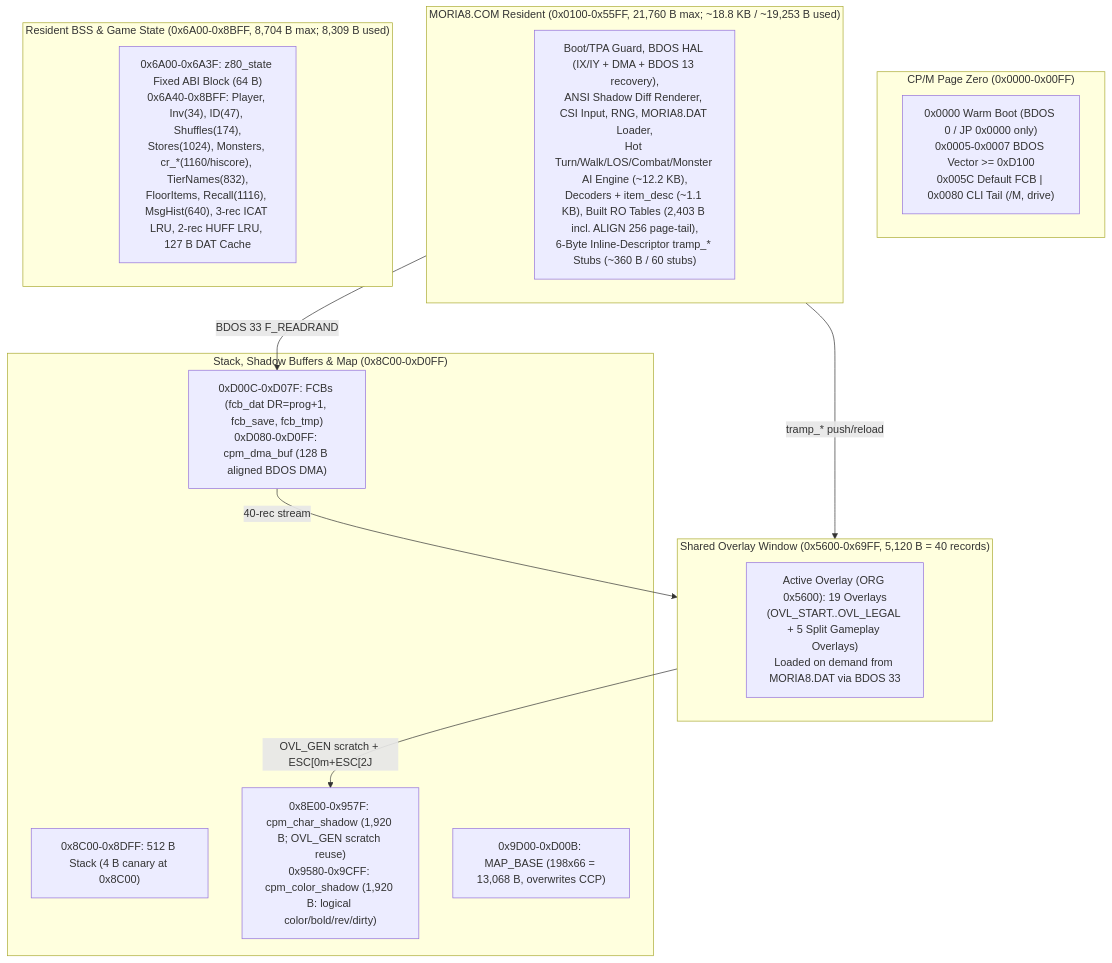
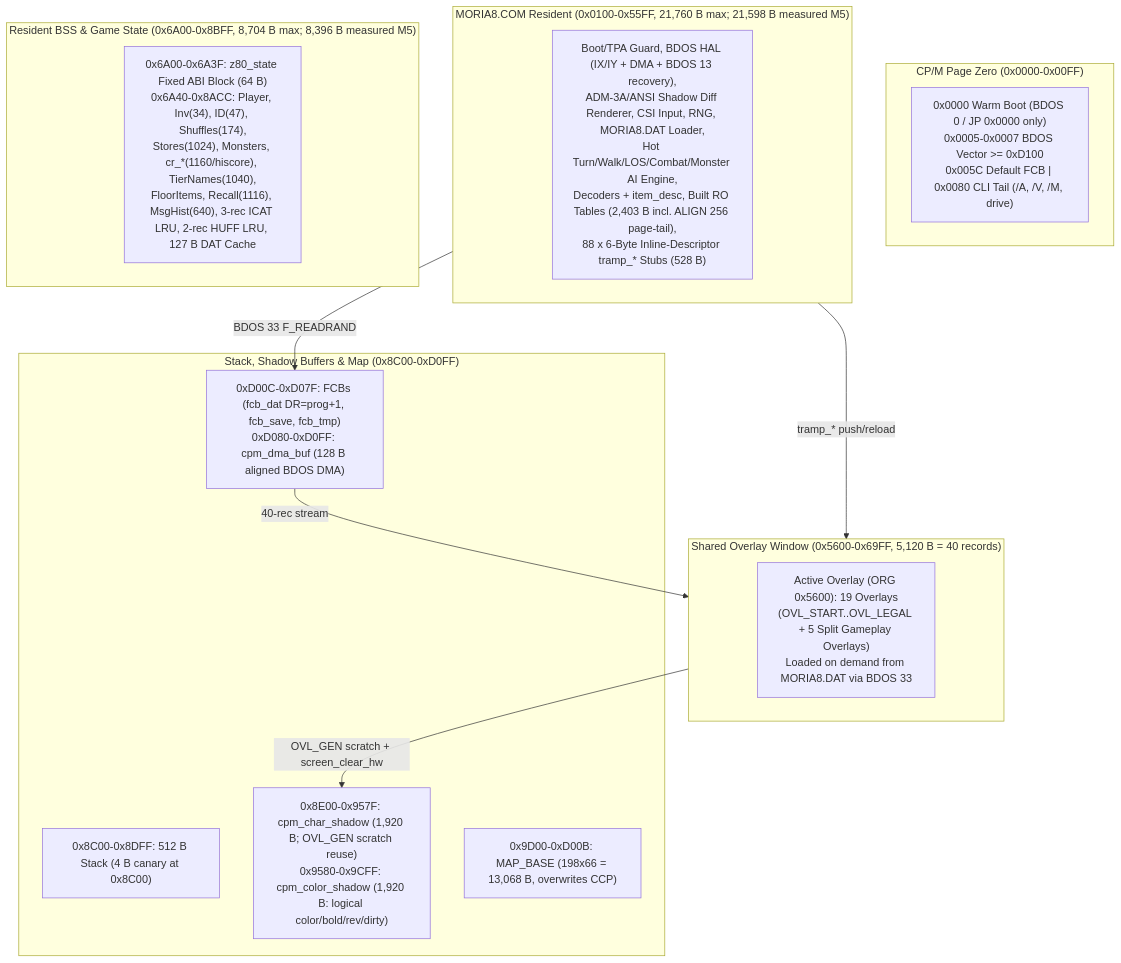
The diagram in docs/CPM_PORT_PLAN.md (dcgibbons/moria8), drawn with Mermaid before and after one commit. The commit also changed other lines of this file and 20 other files, not shown here.

Commit message:
docs: audit and update governance, contracts, architecture, and reference docs for CP/M Z80

````diff
--- a/docs/CPM_PORT_PLAN.md
+++ b/docs/CPM_PORT_PLAN.md
@@ -29,25 +35,25 @@
 ```mermaid
 flowchart TB
     subgraph PageZero["CP/M Page Zero (0x0000-0x00FF)"]
-        P0["0x0000 Warm Boot (BDOS 0 / JP 0x0000 only)\n0x0005-0x0007 BDOS Vector >= 0xD100\n0x005C Default FCB | 0x0080 CLI Tail (/M, drive)"]
+        P0["0x0000 Warm Boot (BDOS 0 / JP 0x0000 only)\n0x0005-0x0007 BDOS Vector >= 0xD100\n0x005C Default FCB | 0x0080 CLI Tail (/A, /V, /M, drive)"]
     end
-    subgraph Resident["MORIA8.COM Resident (0x0100-0x55FF, 21,760 B max; ~18.8 KB / ~19,253 B used)"]
-        ResCode["Boot/TPA Guard, BDOS HAL (IX/IY + DMA + BDOS 13 recovery),\nANSI Shadow Diff Renderer, CSI Input, RNG, MORIA8.DAT Loader,\nHot Turn/Walk/LOS/Combat/Monster AI Engine (~12.2 KB),\nDecoders + item_desc (~1.1 KB), Built RO Tables (2,403 B incl. ALIGN 256 page-tail),\n6-Byte Inline-Descriptor tramp_* Stubs (~360 B / 60 stubs)"]
+    subgraph Resident["MORIA8.COM Resident (0x0100-0x55FF, 21,760 B max; 21,598 B measured M5)"]
+        ResCode["Boot/TPA Guard, BDOS HAL (IX/IY + DMA + BDOS 13 recovery),\nADM-3A/ANSI Shadow Diff Renderer, CSI Input, RNG, MORIA8.DAT Loader,\nHot Turn/Walk/LOS/Combat/Monster AI Engine,\nDecoders + item_desc, Built RO Tables (2,403 B incl. ALIGN 256 page-tail),\n88 x 6-Byte Inline-Descriptor tramp_* Stubs (528 B)"]
     end
     subgraph OverlaySlot["Shared Overlay Window (0x5600-0x69FF, 5,120 B = 40 records)"]
         Ovl["Active Overlay (ORG 0x5600): 19 Overlays\n(OVL_START..OVL_LEGAL + 5 Split Gameplay Overlays)\nLoaded on demand from MORIA8.DAT via BDOS 33"]
     end
-    subgraph BSS["Resident BSS & Game State (0x6A00-0x8BFF, 8,704 B max; 8,309 B used)"]
-        ABI["0x6A00-0x6A3F: z80_state Fixed ABI Block (64 B)\n0x6A40-0x8BFF: Player, Inv(34), ID(47), Shuffles(174),\nStores(1024), Monsters, cr_*(1160/hiscore), TierNames(832),\nFloorItems, Recall(1116), MsgHist(640), 3-rec ICAT LRU, 2-rec HUFF LRU, 127 B DAT Cache"]
+    subgraph BSS["Resident BSS & Game State (0x6A00-0x8BFF, 8,704 B max; 8,396 B measured M5)"]
+        ABI["0x6A00-0x6A3F: z80_state Fixed ABI Block (64 B)\n0x6A40-0x8ACC: Player, Inv(34), ID(47), Shuffles(174),\nStores(1024), Monsters, cr_*(1160/hiscore), TierNames(1040),\nFloorItems, Recall(1116), MsgHist(640), 3-rec ICAT LRU, 2-rec HUFF LRU, 127 B DAT Cache"]
     end
     subgraph StackShadow["Stack, Shadow Buffers & Map (0x8C00-0xD0FF)"]
         Stack["0x8C00-0x8DFF: 512 B Stack (4 B canary at 0x8C00)"]
         Shadow["0x8E00-0x957F: cpm_char_shadow (1,920 B; OVL_GEN scratch reuse)\n0x9580-0x9CFF: cpm_color_shadow (1,920 B: logical color/bold/rev/dirty)"]
         Map["0x9D00-0xD00B: MAP_BASE (198x66 = 13,068 B, overwrites CCP)"]
         IO["0xD00C-0xD07F: FCBs (fcb_dat DR=prog+1, fcb_save, fcb_tmp)\n0xD080-0xD0FF: cpm_dma_buf (128 B aligned BDOS DMA)"]
     end
     Resident -->|"tramp_* push/reload"| OverlaySlot
     Resident -->|"BDOS 33 F_READRAND"| IO
     IO -->|"40-rec stream"| OverlaySlot
-    OverlaySlot -->|"OVL_GEN scratch + ESC[0m+ESC[2J"| Shadow
+    OverlaySlot -->|"OVL_GEN scratch + screen_clear_hw"| Shadow
 ```
````
